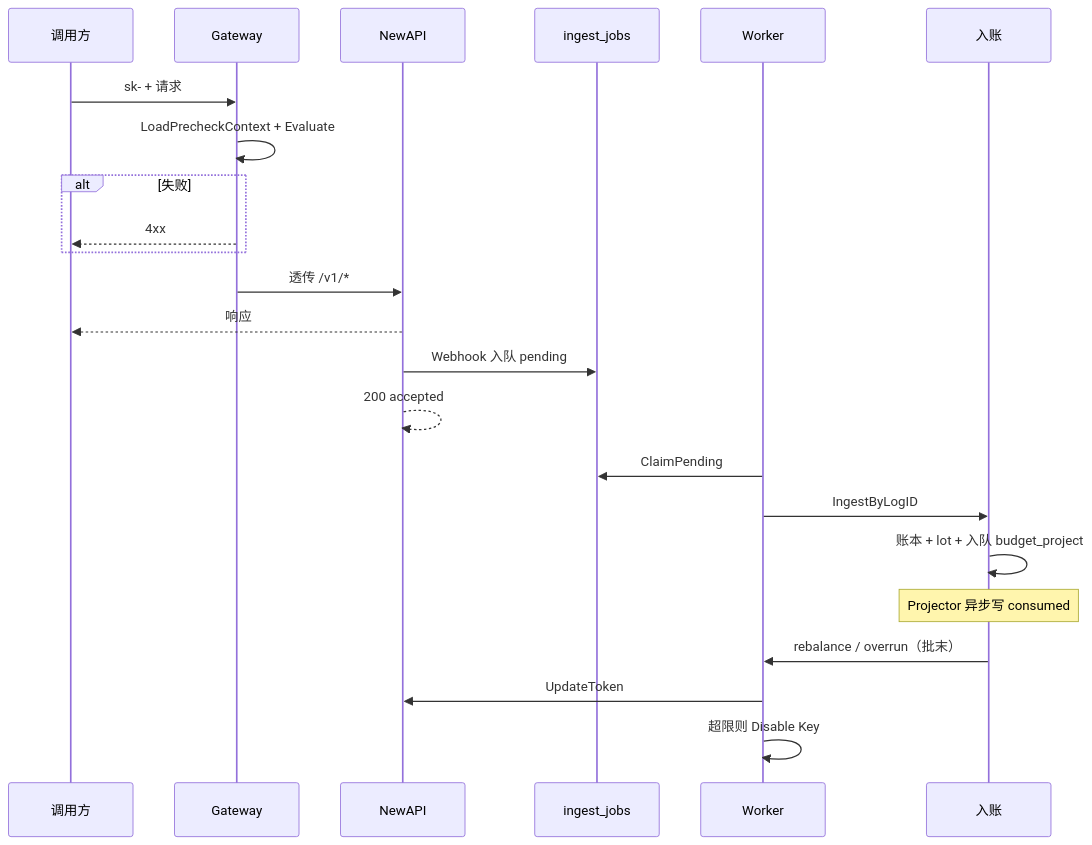
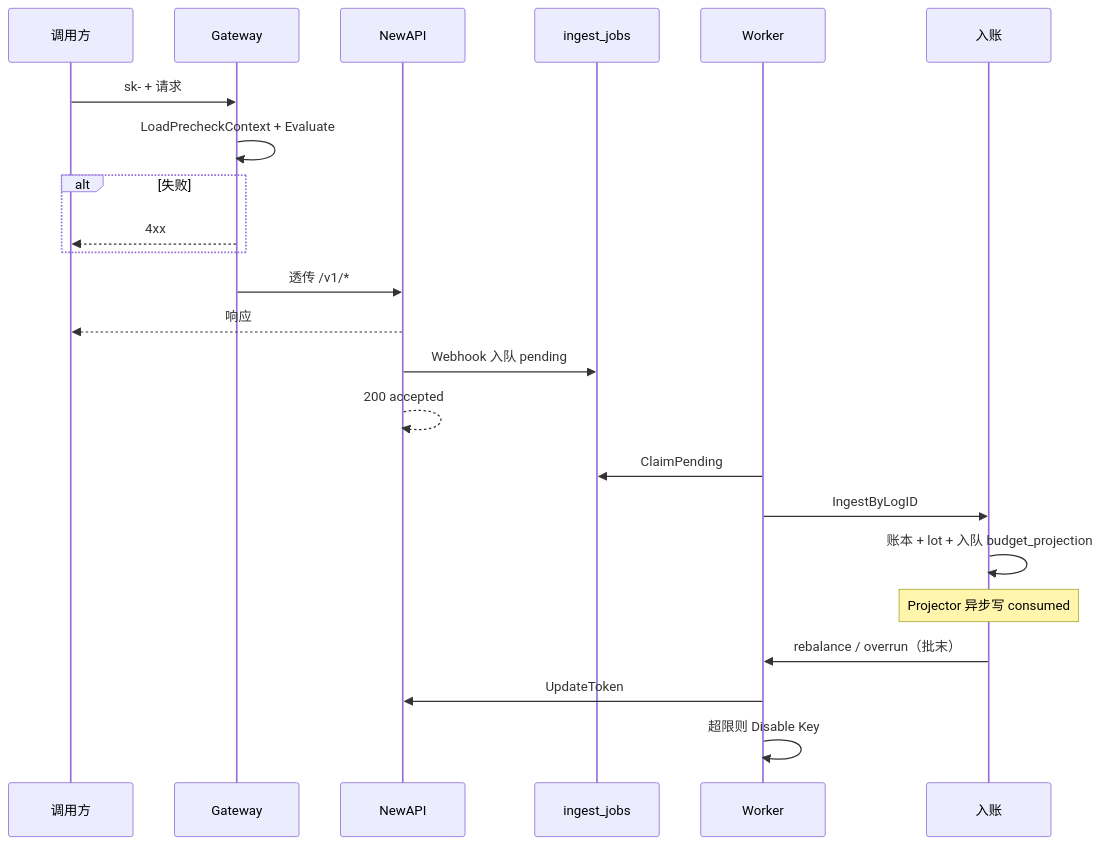
One commit to quyip8818/mytokenjoy changed the fifth of 10 diagrams in docs/Backend-预算.md. Above: the diagram before and after it, drawn with Mermaid. The commit also changed other lines of this file and 175 other files, not shown here.

````diff
--- a/docs/Backend-预算.md
+++ b/docs/Backend-预算.md
@@ -210,26 +208,26 @@
 ```mermaid
 sequenceDiagram
   participant C as 调用方
   participant GW as Gateway
   participant NA as NewAPI
   participant Q as ingest_jobs
   participant W as Worker
   participant ING as 入账
 
   C->>GW: sk- + 请求
   GW->>GW: LoadPrecheckContext + Evaluate
   alt 失败
     GW-->>C: 4xx
   end
   GW->>NA: 透传 /v1/*
   NA-->>C: 响应
   NA->>Q: Webhook 入队 pending
   NA-->>NA: 200 accepted
   W->>Q: ClaimPending
   W->>ING: IngestByLogID
-  ING->>ING: 账本 + lot + 入队 budget_project
+  ING->>ING: 账本 + lot + 入队 budget_projection
   Note over ING: Projector 异步写 consumed
   ING->>W: rebalance / overrun（批末）
   W->>NA: UpdateToken
   W->>W: 超限则 Disable Key
 ```
````
